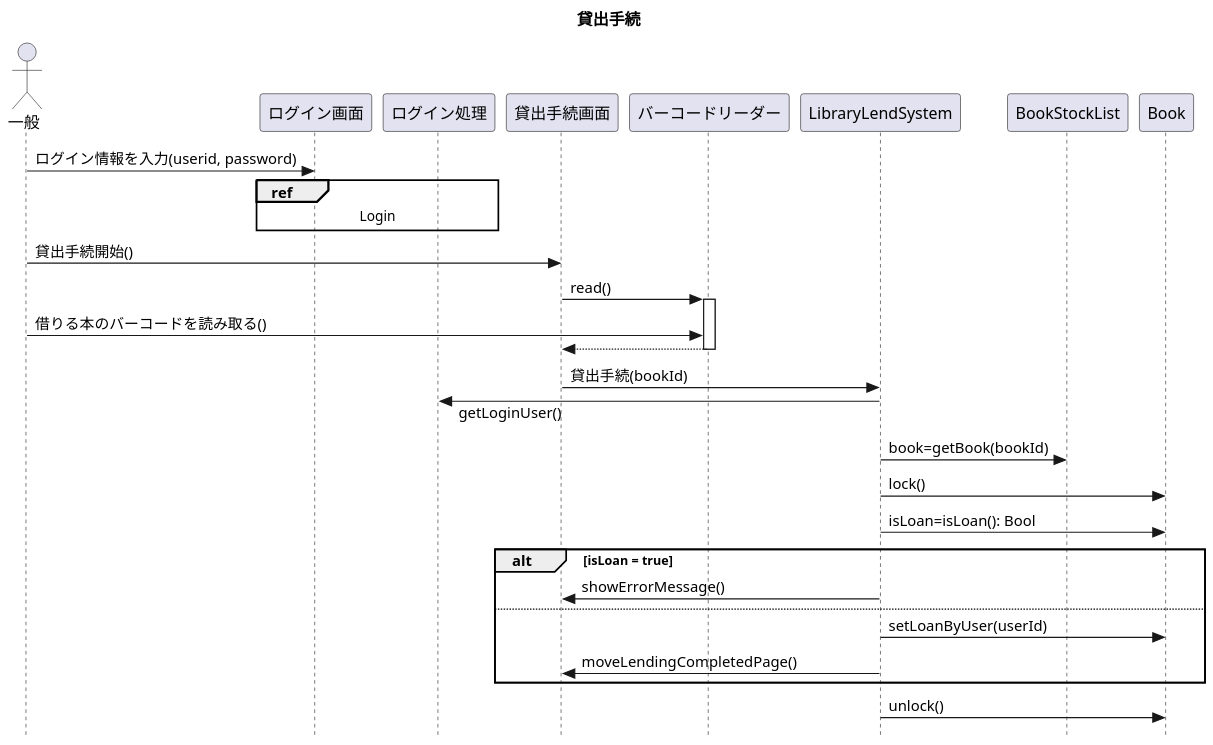
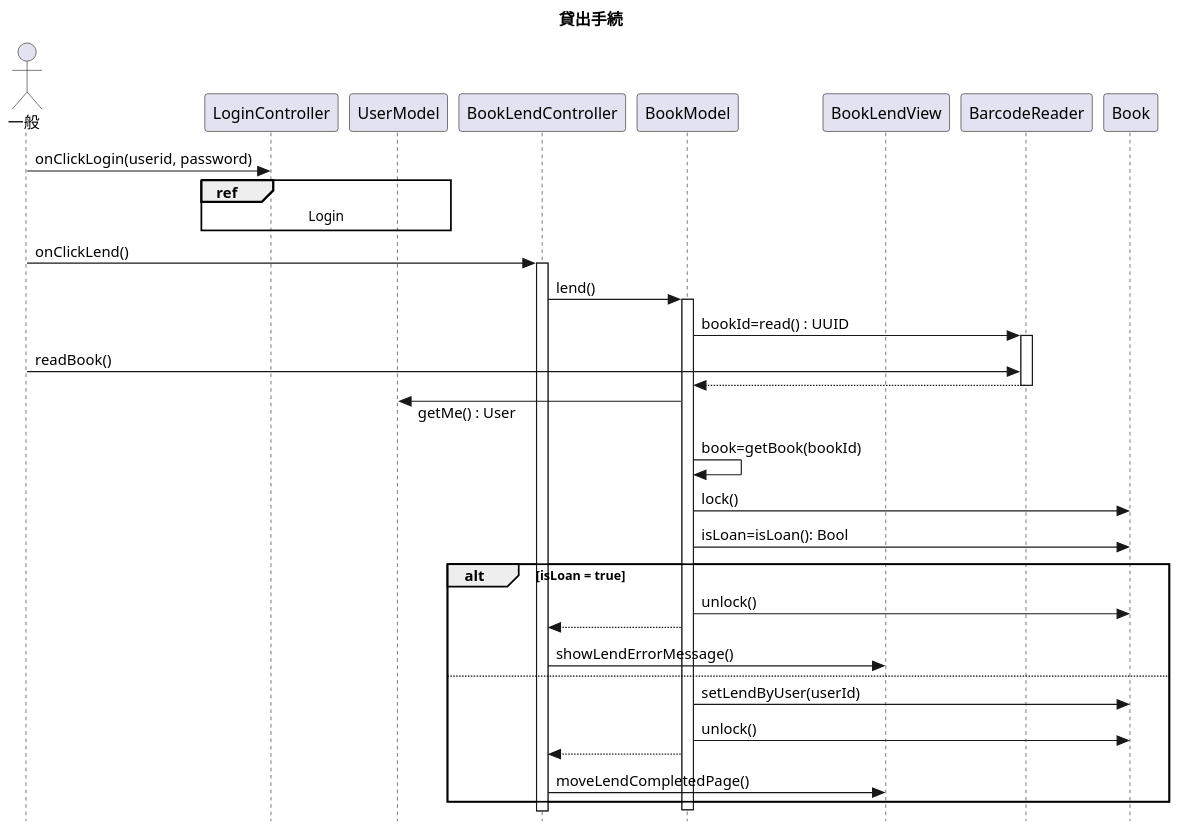
Before and after one commit to Romira915/AdvancedSoftwareEngineering3-Task: the third of 7 diagrams in sequence.pu, drawn with PlantUML. The commit also changed other lines of this file and 1 other file, not shown here.

```diff
--- a/sequence.pu
+++ b/sequence.pu
@@ -77,40 +79,51 @@
 @startuml 貸出手続
 
 title 貸出手続
 skinparam dpi 150
 skinparam responseMessageBelowArrow true
 skinparam style strictuml
 
 actor 一般 as user
-participant ログイン画面 as LoginDisplay
-participant ログイン処理 as LoginProcess
-participant 貸出手続画面 as LendingDisplay
-participant バーコードリーダー as BarcodeReader
-participant LibraryLendSystem
+participant LoginController
+participant UserModel
+participant BookLendController
+participant BookModel
+participant BookLendView
+participant BarcodeReader
 
-user -> LoginDisplay : ログイン情報を入力(userid, password)
-ref over LoginDisplay, LoginProcess : Login
+user -> LoginController : onClickLogin(userid, password)
+ref over UserModel, LoginController : Login
 
-user -> LendingDisplay : 貸出手続開始()
-LendingDisplay -> BarcodeReader : read()
+user -> BookLendController : onClickLend()
+
+activate BookLendController
+BookLendController -> BookModel : lend()
+
+activate BookModel
+BookModel -> BarcodeReader : bookId=read() : UUID
+
 activate BarcodeReader
-user -> BarcodeReader : 借りる本のバーコードを読み取る()
-LendingDisplay <-- BarcodeReader
+user -> BarcodeReader : readBook()
+BookModel <-- BarcodeReader
 deactivate
 
-LendingDisplay -> LibraryLendSystem : 貸出手続(bookId)
-LoginProcess <- LibraryLendSystem : getLoginUser()
+UserModel <- BookModel : getMe() : User
 
-LibraryLendSystem -> BookStockList : book=getBook(bookId)
+BookModel -> BookModel : book=getBook(bookId)
 
-LibraryLendSystem -> Book : lock()
-LibraryLendSystem -> Book : isLoan=isLoan(): Bool
+BookModel -> Book : lock()
+BookModel -> Book : isLoan=isLoan(): Bool
 alt isLoan = true
-    LibraryLendSystem -> LendingDisplay : showErrorMessage()
+    BookModel -> Book : unlock()
+    BookLendController <-- BookModel
+    BookLendController -> BookLendView : showLendErrorMessage()
 else 
-    LibraryLendSystem -> Book : setLoanByUser(userId)
-    LibraryLendSystem -> LendingDisplay : moveLendingCompletedPage()
+    BookModel -> Book : setLendByUser(userId)
+    BookModel -> Book : unlock()
+
+    BookLendController <-- BookModel
+    BookLendController -> BookLendView : moveLendCompletedPage()
 end
-LibraryLendSystem -> Book : unlock()
+deactivate BookModel
 
 @enduml 
```
